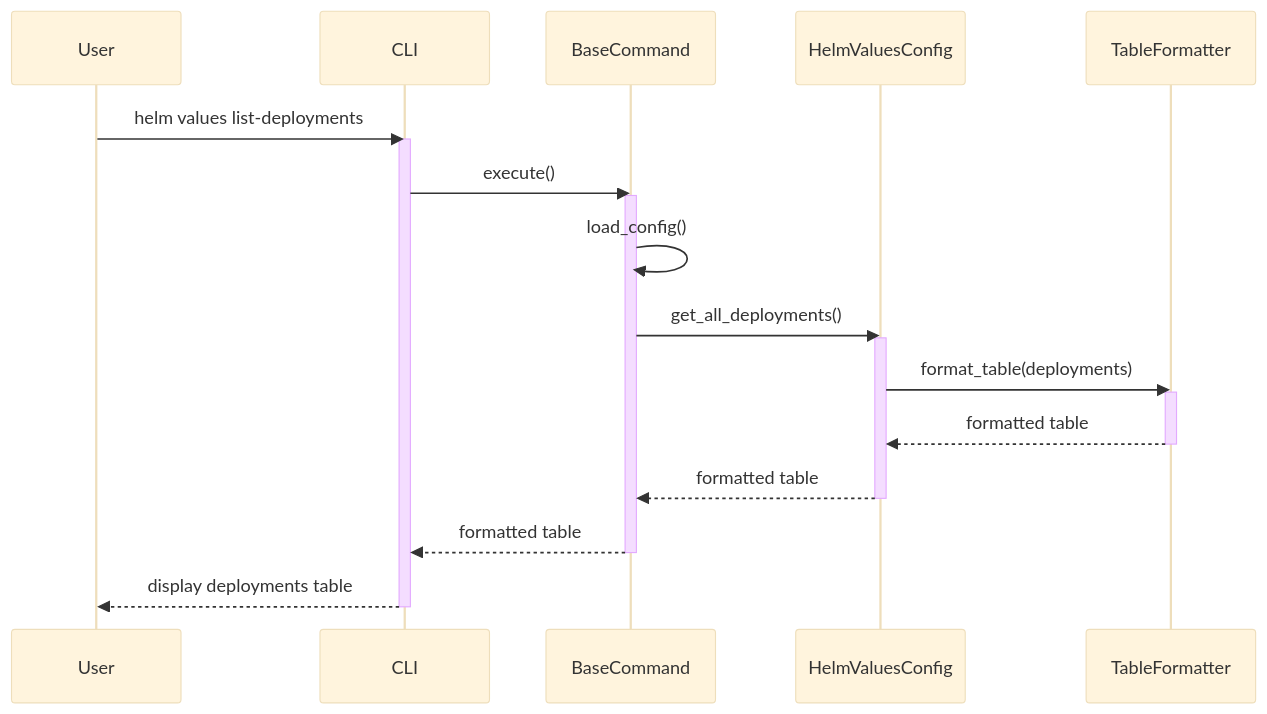
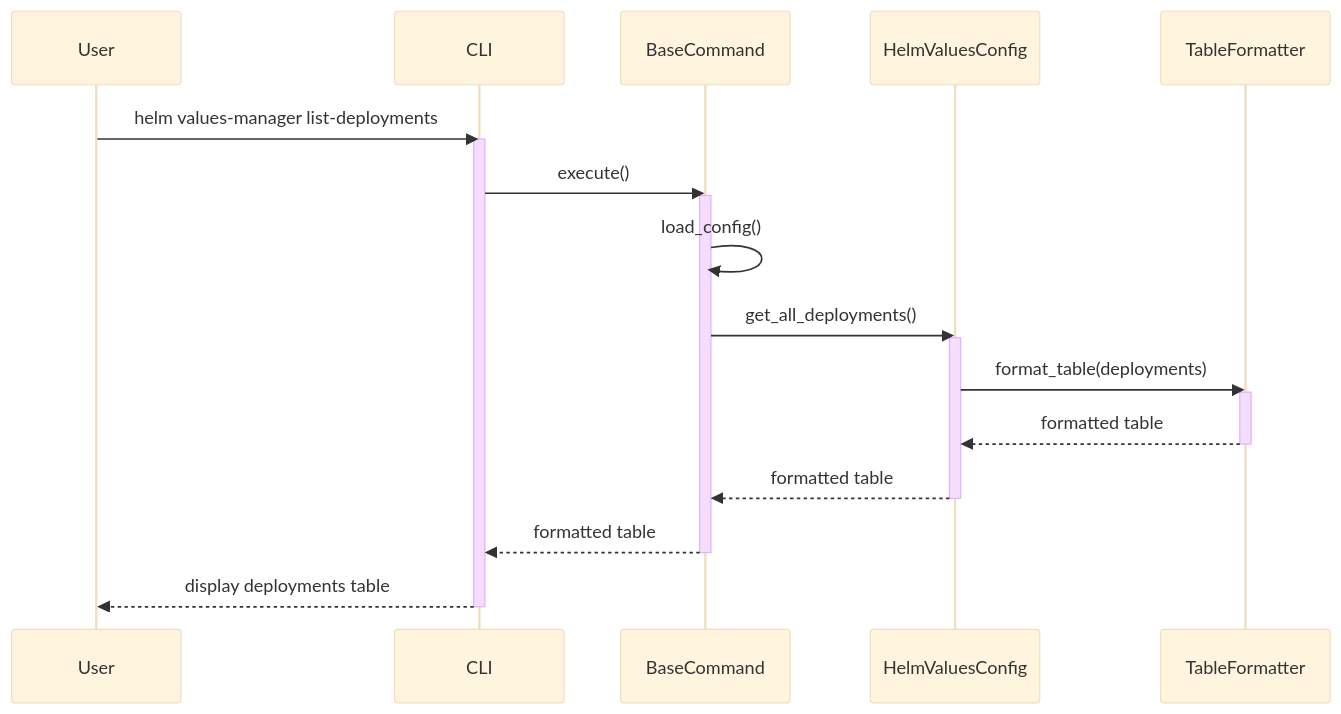
Diagram 11 of 14 in docs/Design/sequence-diagrams.md (Zipstack/helm-values-manager), drawn with Mermaid (base theme) before and after one commit. The commit also changed other lines of this file, not shown here.

First line of the commit message:
docs: update sequence diagrams with correct command flags

````diff
--- a/docs/Design/sequence-diagrams.md
+++ b/docs/Design/sequence-diagrams.md
@@ -485,32 +485,32 @@
 ```mermaid
 sequenceDiagram
     participant User
     participant CLI
     participant BaseCommand
     participant HelmValuesConfig
     participant TableFormatter
 
-    User->>CLI: helm values list-deployments
+    User->>CLI: helm values-manager list-deployments
     activate CLI
 
     CLI->>BaseCommand: execute()
     activate BaseCommand
 
     BaseCommand->>BaseCommand: load_config()
     BaseCommand->>HelmValuesConfig: get_all_deployments()
     activate HelmValuesConfig
 
     HelmValuesConfig->>TableFormatter: format_table(deployments)
     activate TableFormatter
     TableFormatter-->>HelmValuesConfig: formatted table
     deactivate TableFormatter
 
     HelmValuesConfig-->>BaseCommand: formatted table
     deactivate HelmValuesConfig
 
     BaseCommand-->>CLI: formatted table
     deactivate BaseCommand
 
     CLI-->>User: display deployments table
     deactivate CLI
 ```
````
